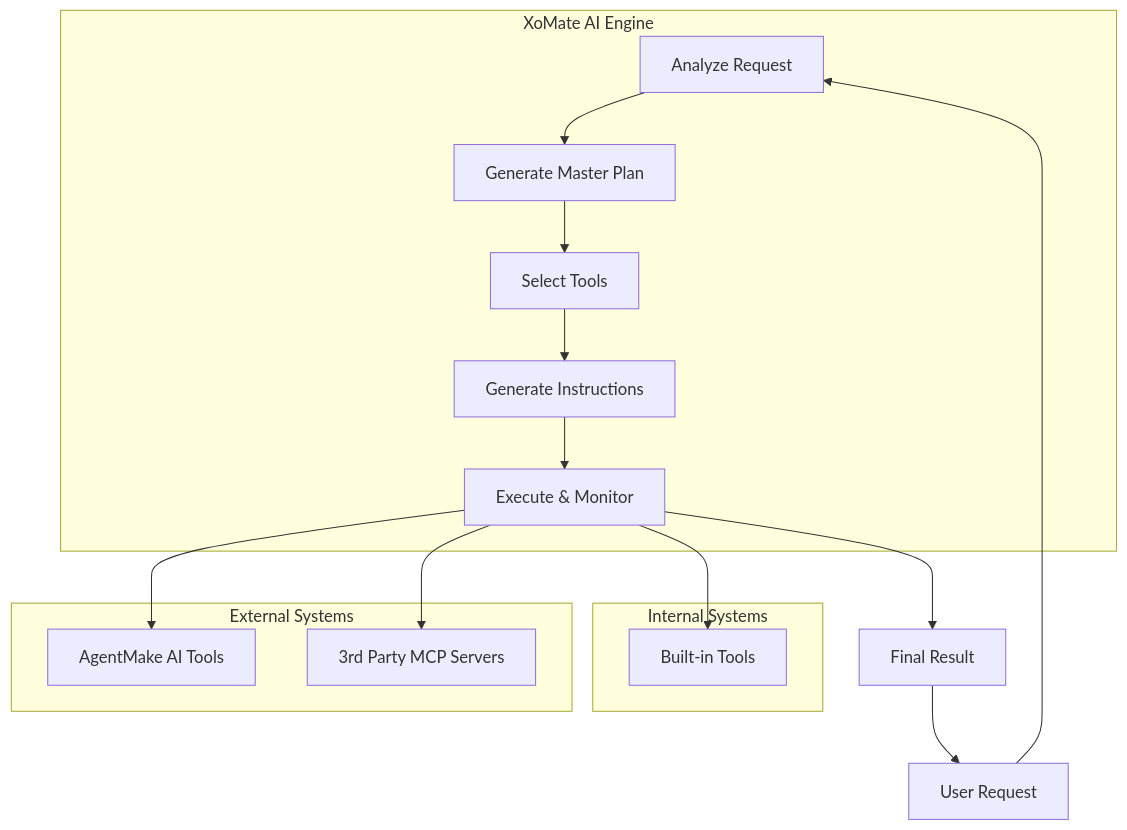
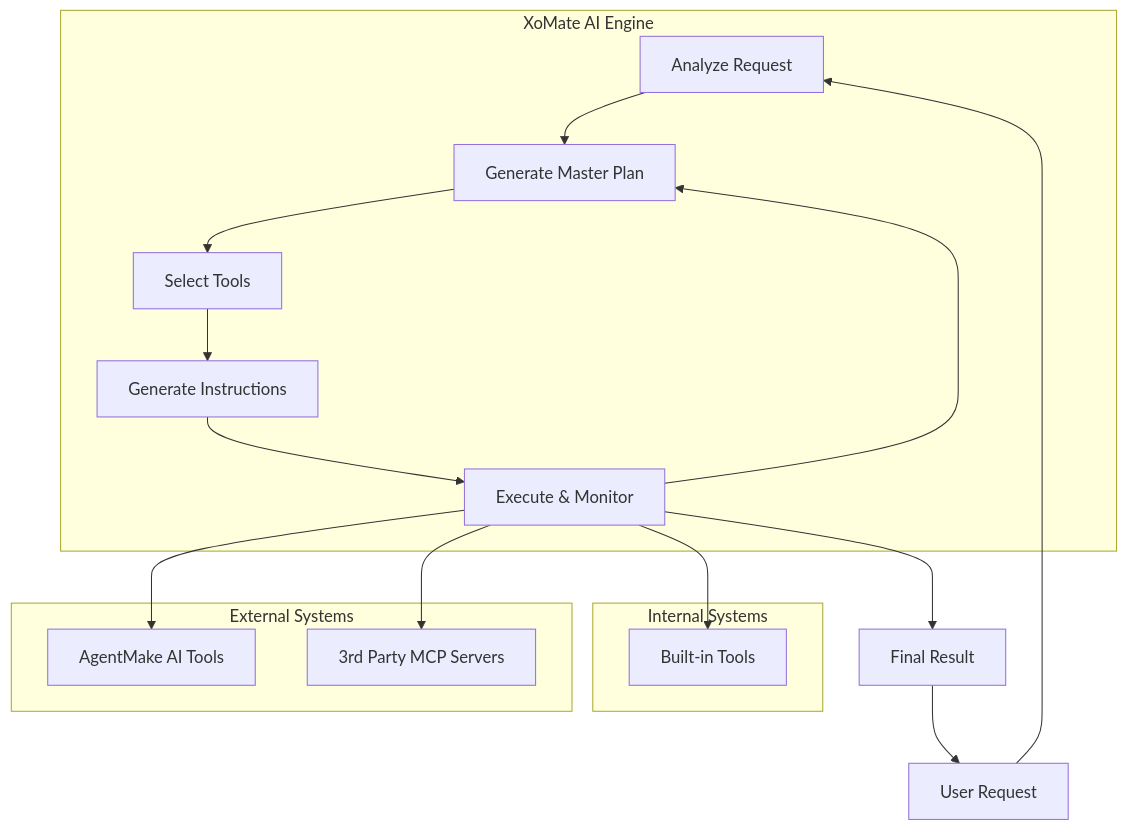
One commit to eliranwong/computemate changed the diagram in README.md. Above: the diagram before and after it, drawn with Mermaid.

Commit message:
Update workflow diagram in README.md

````diff
--- a/README.md
+++ b/README.md
@@ -48,33 +48,34 @@
 ```mermaid
 graph TD
     subgraph "XoMate AI Engine"
         B["Analyze Request"]
         C["Generate Master Plan"]
         D["Select Tools"]
         E["Generate Instructions"]
         F["Execute & Monitor"]
     end
 
     A["User Request"] --> B
     B --> C
     C --> D
     D --> E
     E --> F
+    F --> C
 
     subgraph "Internal Systems"
         J["Built-in Tools"]
     end
 
     subgraph "External Systems"
         G["AgentMake AI Tools"]
         H["3rd Party MCP Servers"]
     end
 
     F --> J
     F --> G
     F --> H
 
     I["Final Result"]
     F --> I
     I --> A
 ```
````
